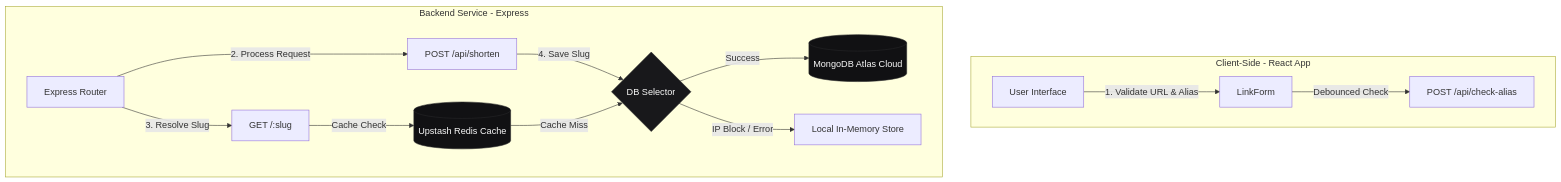
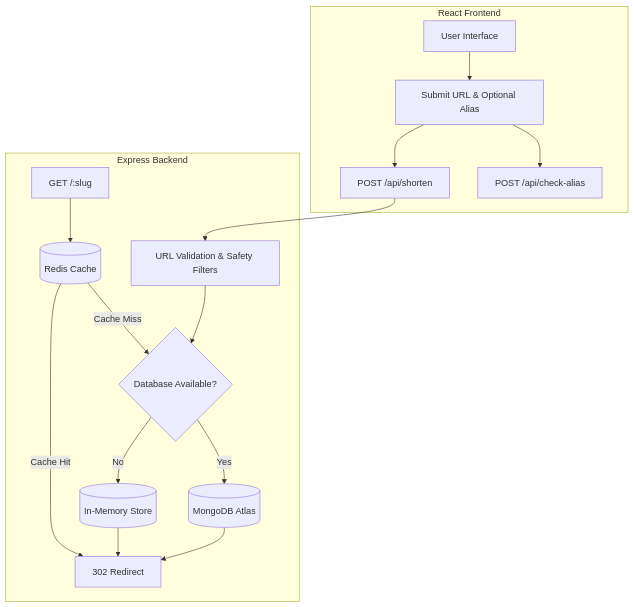
One commit to Gurudevkini/LinkSense changed the diagram in README.md. Above: the diagram before and after it, drawn with Mermaid. The commit also changed other lines of this file and 5 other files, not shown here.

Commit message:
feat: add URL safety filtering and domain blocklist

````diff
--- a/README.md
+++ b/README.md
@@ -94,25 +112,45 @@
 ```mermaid
+
 flowchart TD
-    subgraph Client [Client-Side - React App]
-        UI[User Interface] -->|1. Validate URL & Alias| Form[LinkForm]
-        Form -->|Debounced Check| AliasCheck[POST /api/check-alias]
+
+    subgraph Client [React Frontend]
+
+        UI[User Interface]
+
+        UI --> Form[Submit URL & Optional Alias]
+
+        Form --> AliasCheck[POST /api/check-alias]
+
+        Form --> Shorten[POST /api/shorten]
+
     end
 
-    subgraph Server [Backend Service - Express]
-        API[Express Router] -->|2. Process Request| Shorten[POST /api/shorten]
-        API -->|3. Resolve Slug| Resolve[GET /:slug]
-        
-        Shorten -->|4. Save Slug| DBSelector{DB Selector}
-        
-        DBSelector -->|Success| Atlas[(MongoDB Atlas Cloud)]
-        DBSelector -->|IP Block / Error| MemStore[Local In-Memory Store]
-        
-        Resolve -->|Cache Check| RedisCache[(Upstash Redis Cache)]
-        RedisCache -->|Cache Miss| DBSelector
+
+
+    subgraph Server [Express Backend]
+
+        Shorten --> Safety[URL Validation & Safety Filters]
+
+        Safety --> DBSelector{Database Available?}
+
+
+
+        DBSelector -->|Yes| Mongo[(MongoDB Atlas)]
+
+        DBSelector -->|No| Memory[(In-Memory Store)]
+
+
+
+        Resolve[GET /:slug] --> Redis[(Redis Cache)]
+
+        Redis -->|Cache Miss| DBSelector
+
+        Redis -->|Cache Hit| Redirect[302 Redirect]
+
+        Mongo --> Redirect
+
+        Memory --> Redirect
+
     end
 
-    classDef database fill:#111113,stroke:#27272A,stroke-width:1px,color:#FAFAFA;
-    classDef engine fill:#18181B,stroke:#27272A,stroke-width:1px,color:#FAFAFA;
-    class Atlas,RedisCache database;
-    class DBSelector engine;
 ```
````
